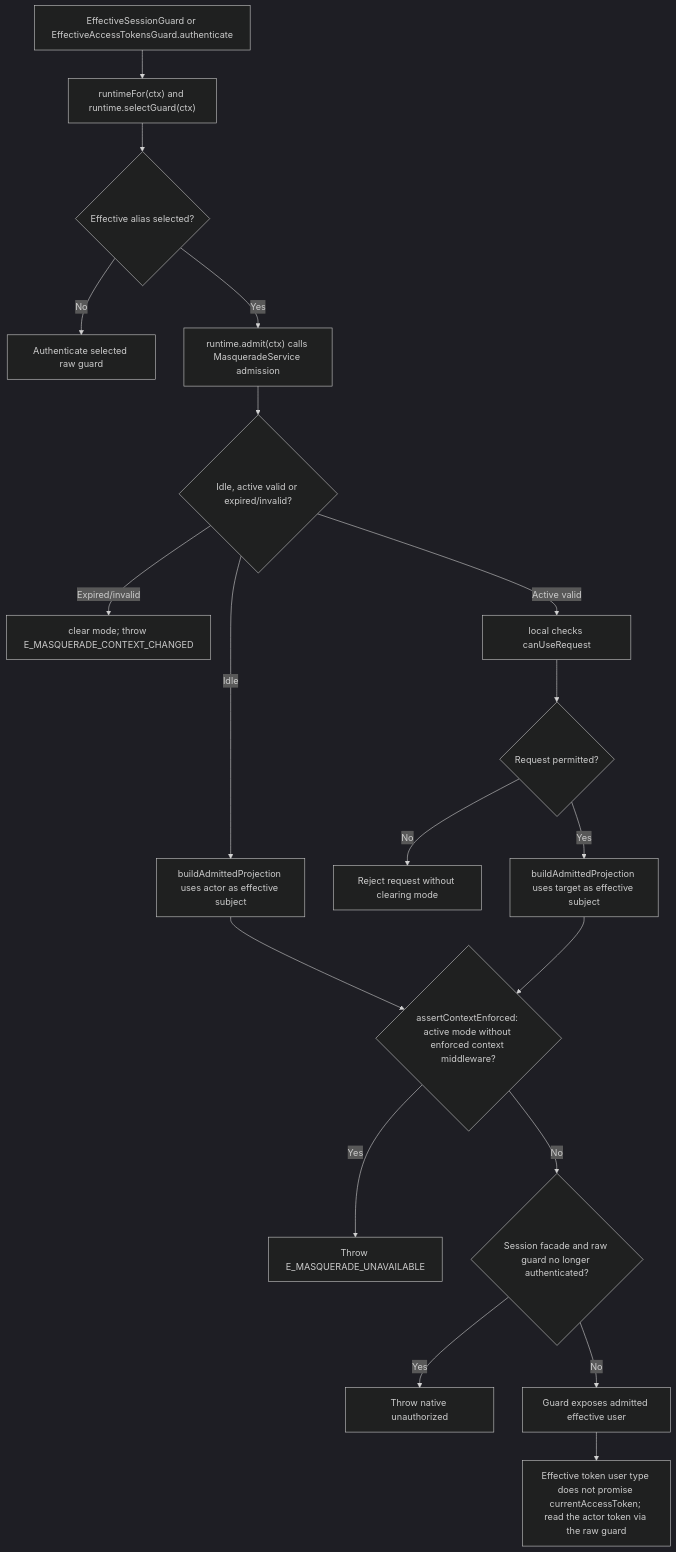
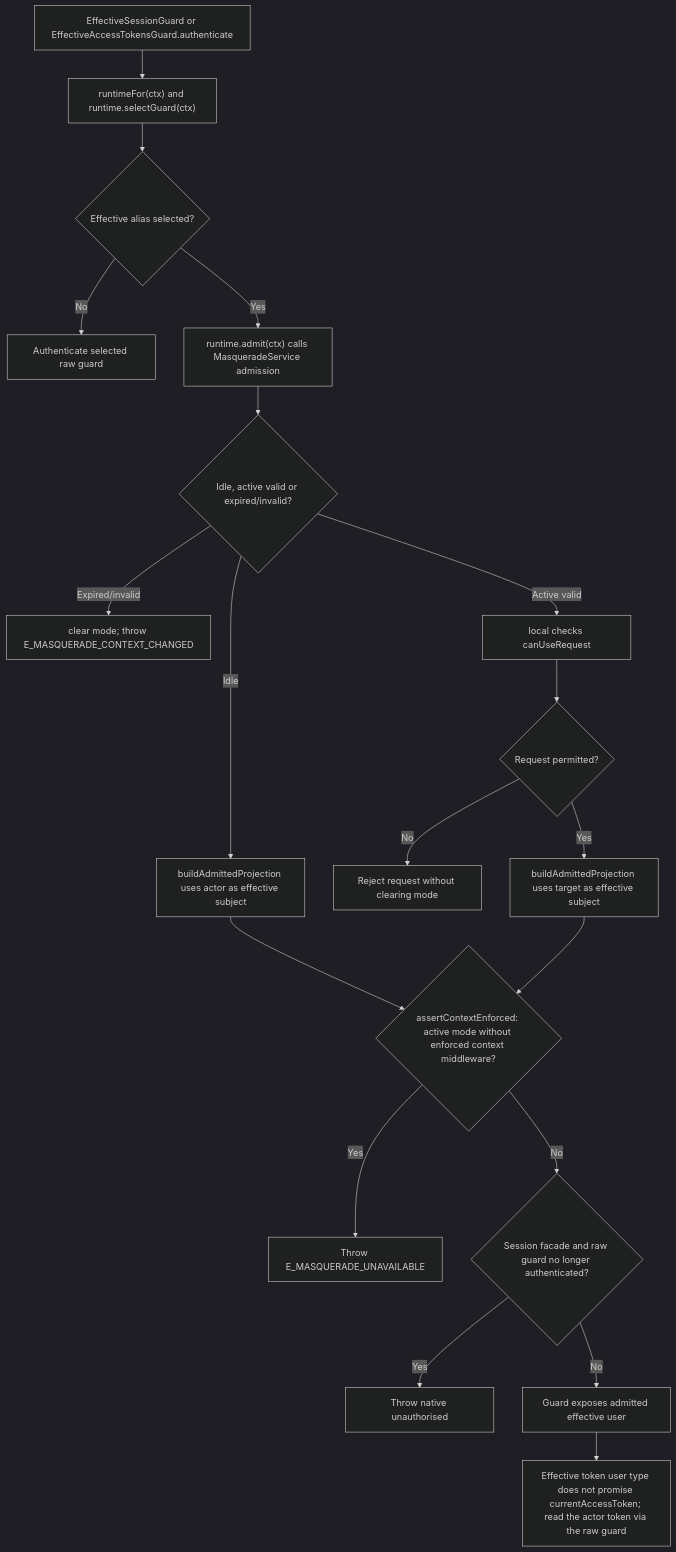
Before and after one commit to Kevinjohn/oss-adonisjs-masquerade: the second of 2 diagrams in user-stories/view-effective-account/us-actor-02-view-effective-account.md, drawn with Mermaid (dark theme). The commit also changed other lines of this file and 42 other files, not shown here.

````diff
--- a/user-stories/view-effective-account/us-actor-02-view-effective-account.md
+++ b/user-stories/view-effective-account/us-actor-02-view-effective-account.md
@@ -39,21 +39,21 @@
 ```mermaid
 flowchart TD
     A["EffectiveSessionGuard or EffectiveAccessTokensGuard.authenticate"] --> B["runtimeFor(ctx) and runtime.selectGuard(ctx)"]
     B --> C{"Effective alias selected?"}
     C -->|No| D["Authenticate selected raw guard"]
     C -->|Yes| E["runtime.admit(ctx) calls MasqueradeService admission"]
     E --> F{"Idle, active valid or expired/invalid?"}
     F -->|Idle| G["buildAdmittedProjection uses actor as effective subject"]
     F -->|Expired/invalid| H["clear mode; throw E_MASQUERADE_CONTEXT_CHANGED"]
     F -->|Active valid| I["local checks canUseRequest"]
     I --> J{"Request permitted?"}
     J -->|No| K["Reject request without clearing mode"]
     J -->|Yes| L["buildAdmittedProjection uses target as effective subject"]
     G --> E2{"assertContextEnforced: active mode without enforced context middleware?"}
     L --> E2
     E2 -->|Yes| Z["Throw E_MASQUERADE_UNAVAILABLE"]
     E2 -->|No| P{"Session facade and raw guard no longer authenticated?"}
-    P -->|Yes| W["Throw native unauthorized"]
+    P -->|Yes| W["Throw native unauthorised"]
     P -->|No| M["Guard exposes admitted effective user"]
     M --> N["Effective token user type does not promise currentAccessToken; read the actor token via the raw guard"]
 ```
````
